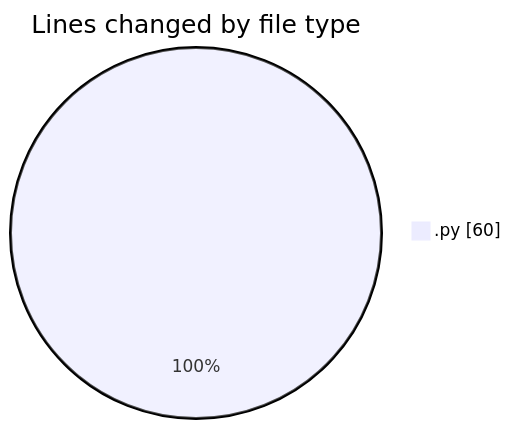
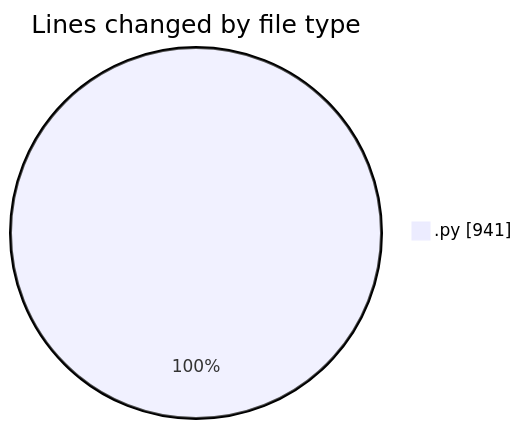
One commit to jrari/code-tracking changed the first of 2 diagrams in 2025-07-14/telebot/README.md. Above: the diagram before and after it, drawn with Mermaid. The commit also changed other lines of this file and 1 other file, not shown here.

````diff
--- a/2025-07-14/telebot/README.md
+++ b/2025-07-14/telebot/README.md
@@ -20,5 +21,5 @@
 ```mermaid
 pie showData
 title Lines changed by file type
-".py" : 60
+".py" : 941
 ```
````
